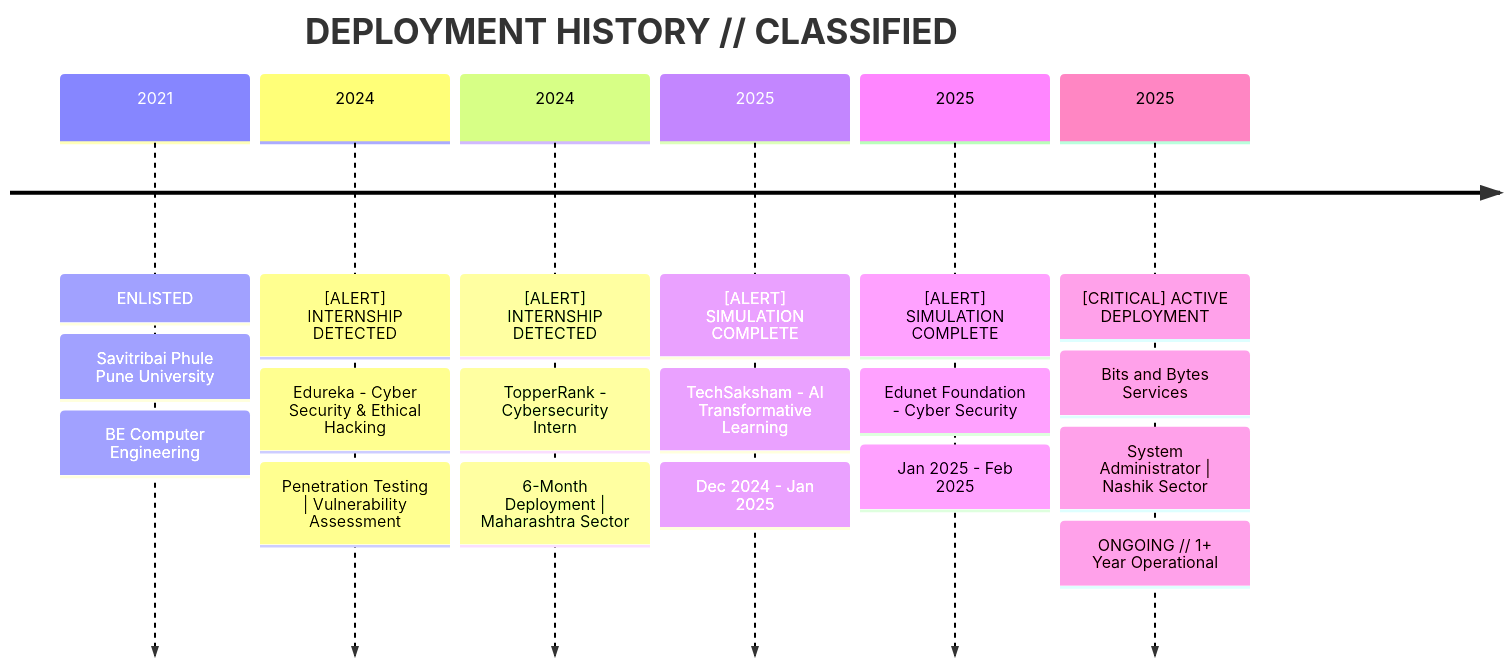
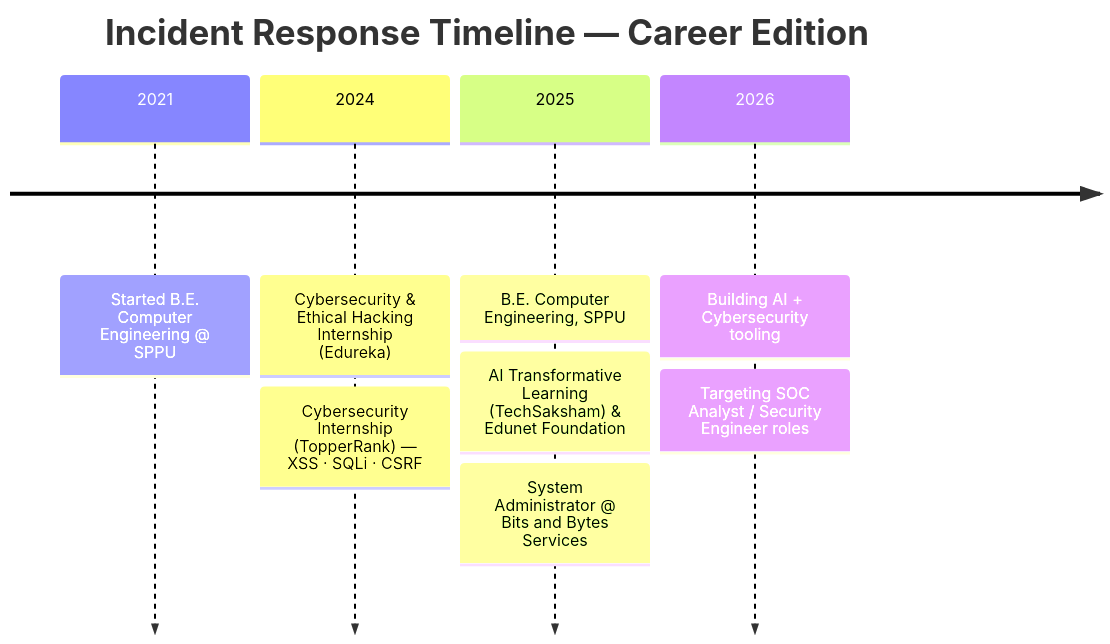
The diagram in README.md (GauravGhandat-23/GauravGhandat-23), drawn with Mermaid before and after one commit. The commit also changed other lines of this file, not shown here.

````diff
--- a/README.md
+++ b/README.md
@@ -231,23 +211,12 @@
 ```mermaid
 timeline
-    title DEPLOYMENT HISTORY // CLASSIFIED
-    2021 : ENLISTED
-         : Savitribai Phule Pune University
-         : BE Computer Engineering
-    2024 : [ALERT] INTERNSHIP DETECTED
-         : Edureka - Cyber Security & Ethical Hacking
-         : Penetration Testing | Vulnerability Assessment
-    2024 : [ALERT] INTERNSHIP DETECTED
-         : TopperRank - Cybersecurity Intern
-         : 6-Month Deployment | Maharashtra Sector
-    2025 : [ALERT] SIMULATION COMPLETE
-         : TechSaksham - AI Transformative Learning
-         : Dec 2024 - Jan 2025
-    2025 : [ALERT] SIMULATION COMPLETE
-         : Edunet Foundation - Cyber Security
-         : Jan 2025 - Feb 2025
-    2025 : [CRITICAL] ACTIVE DEPLOYMENT
-         : Bits and Bytes Services
-         : System Administrator | Nashik Sector
-         : ONGOING // 1+ Year Operational
+    title Incident Response Timeline — Career Edition
+    2021 : Started B.E. Computer Engineering @ SPPU
+    2024 : Cybersecurity & Ethical Hacking Internship (Edureka)
+         : Cybersecurity Internship (TopperRank) — XSS · SQLi · CSRF
+    2025 : B.E. Computer Engineering, SPPU
+         : AI Transformative Learning (TechSaksham) & Edunet Foundation
+         : System Administrator @ Bits and Bytes Services
+    2026 : Building AI + Cybersecurity tooling
+         : Targeting SOC Analyst / Security Engineer roles
 ```
````
